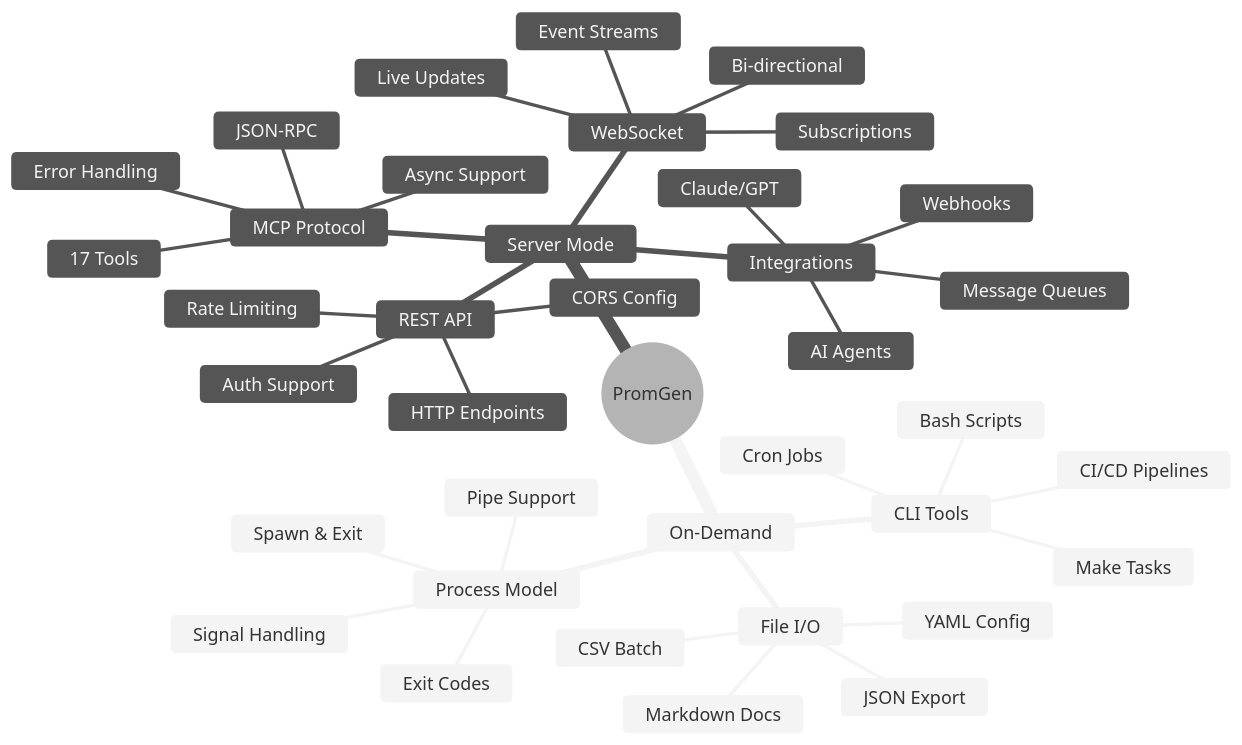
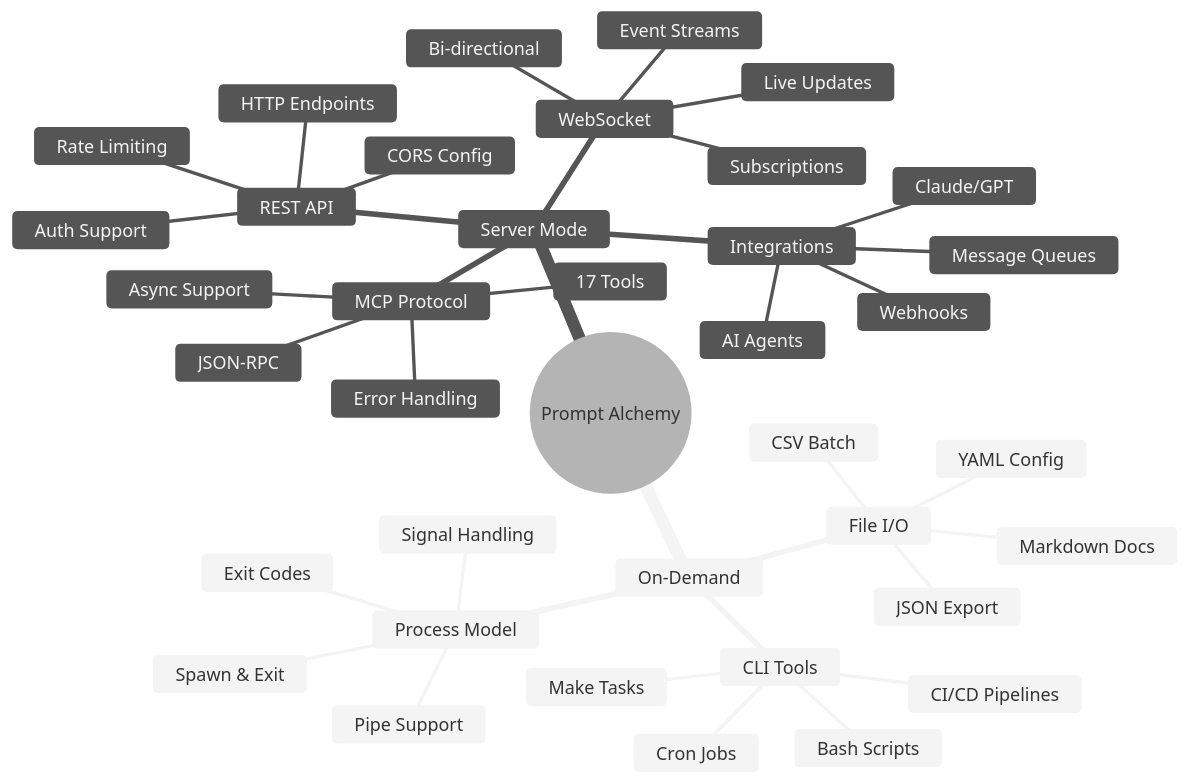
The fifth of 7 diagrams in docs/assets/diagrams/feature-comparison-matrix.md (jonwraymond/prompt-alchemy), drawn with Mermaid (neutral theme) before and after one commit. The commit also changed 10 other files, not shown here.

````diff
--- a/docs/assets/diagrams/feature-comparison-matrix.md
+++ b/docs/assets/diagrams/feature-comparison-matrix.md
@@ -146,41 +146,41 @@
 ```mermaid
 mindmap
-  root((PromGen))
+  root((Prompt Alchemy))
     On-Demand
       CLI Tools
         Bash Scripts
         CI/CD Pipelines
         Cron Jobs
         Make Tasks
       File I/O
         YAML Config
         JSON Export
         CSV Batch
         Markdown Docs
       Process Model
         Spawn & Exit
         Pipe Support
         Exit Codes
         Signal Handling
     Server Mode
       MCP Protocol
         17 Tools
         JSON-RPC
         Async Support
         Error Handling
       REST API
         HTTP Endpoints
         Auth Support
         Rate Limiting
         CORS Config
       WebSocket
         Live Updates
         Bi-directional
         Event Streams
         Subscriptions
       Integrations
         AI Agents
         Claude/GPT
         Webhooks
         Message Queues
 ```
````
